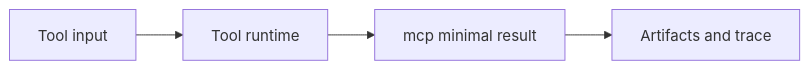
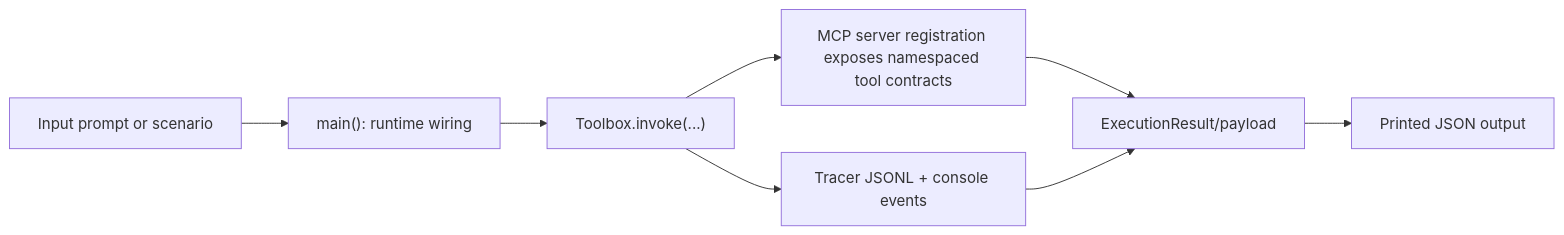
Before and after one commit to cmudrc/design-research-agents: the diagram in docs/examples/tools/mcp_minimal.rst, drawn with Mermaid. The commit also changed other lines of this file and 83 other files, not shown here.

```diff
--- a/docs/examples/tools/mcp_minimal.rst
+++ b/docs/examples/tools/mcp_minimal.rst
@@ -21,6 +21,10 @@
 .. mermaid::
 
    flowchart LR
-       A["Tool input"] --> B["Tool runtime"]
-       B --> C["mcp minimal result"]
-       C --> D["Artifacts and trace"]
+       A["Input prompt or scenario"] --> B["main(): runtime wiring"]
+       B --> C["Toolbox.invoke(...)"]
+       C --> D["MCP server registration exposes namespaced tool contracts"]
+       C --> E["Tracer JSONL + console events"]
+       D --> F["ExecutionResult/payload"]
+       E --> F
+       F --> G["Printed JSON output"]
```
